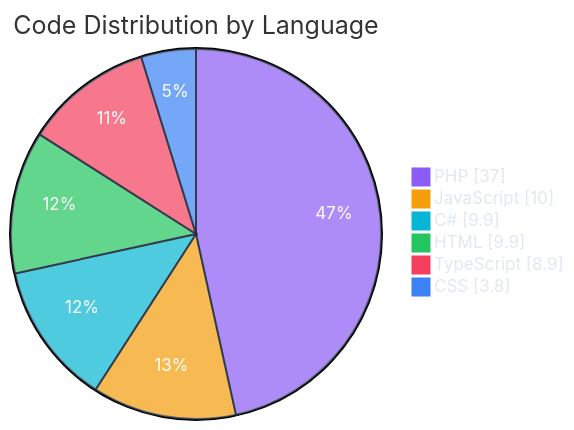
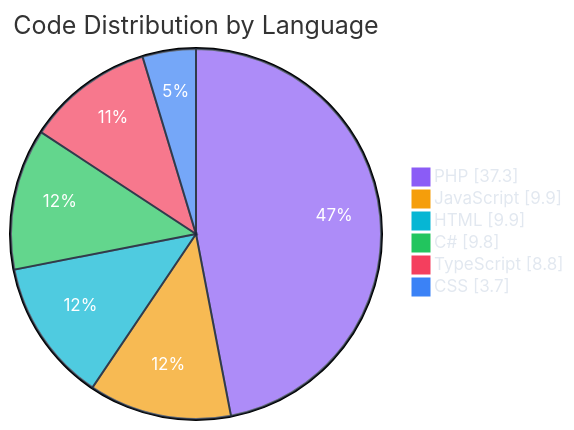
One commit to polo-nyan/polo-nyan changed the second of 7 diagrams in README.md. Above: the diagram before and after it, drawn with Mermaid. The commit also changed other lines of this file and 1 other file, not shown here.

````diff
--- a/README.md
+++ b/README.md
@@ -182,11 +182,11 @@
 ```mermaid
 %%{init: {"theme": "base", "themeVariables": { "pie1": "#8b5cf6", "pie2": "#f59e0b", "pie3": "#06b6d4", "pie4": "#22c55e", "pie5": "#f43f5e", "pie6": "#3b82f6", "pie7": "#ec4899", "pieTextColor": "#ffffff", "pieLegendTextColor": "#e2e8f0", "pieSectionTextColor": "#ffffff", "pieStrokeColor": "#1e293b" }}}%%
 pie showData
     title Code Distribution by Language
-    "PHP" : 37.0
-    "JavaScript" : 10.0
-    "C#" : 9.9
+    "PHP" : 37.3
+    "JavaScript" : 9.9
     "HTML" : 9.9
-    "TypeScript" : 8.9
-    "CSS" : 3.8
+    "C#" : 9.8
+    "TypeScript" : 8.8
+    "CSS" : 3.7
 ```
````
